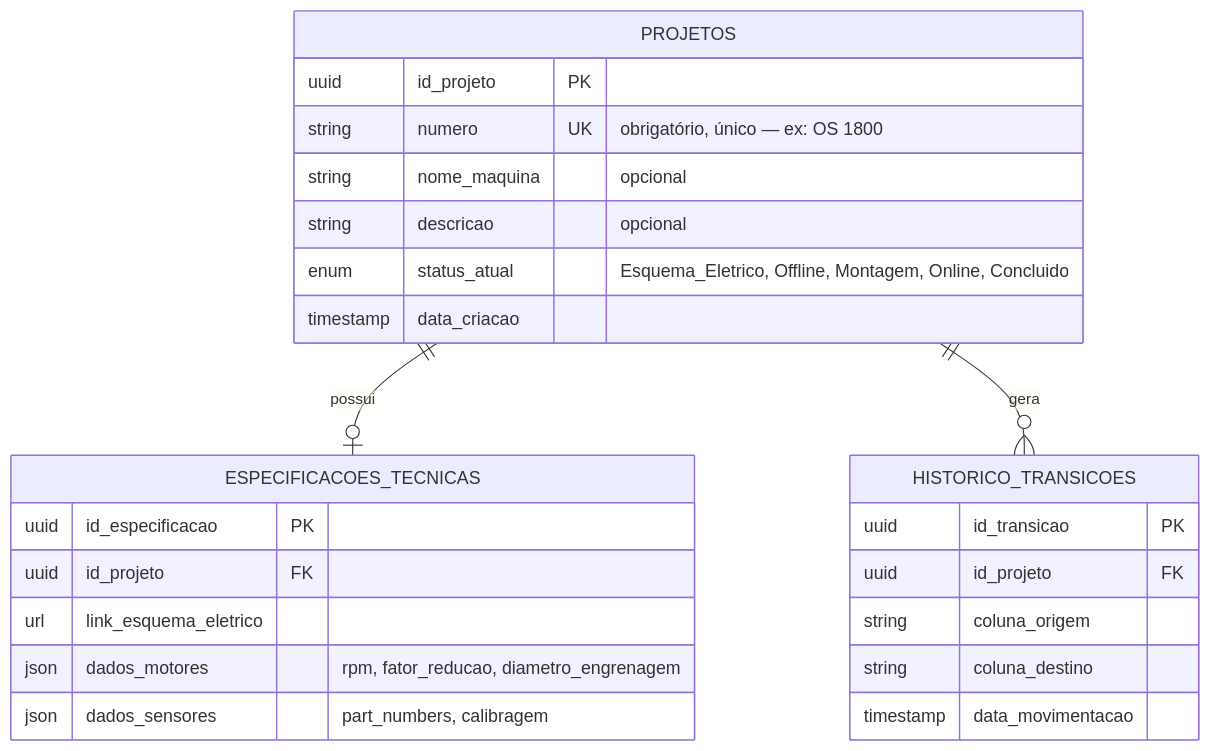
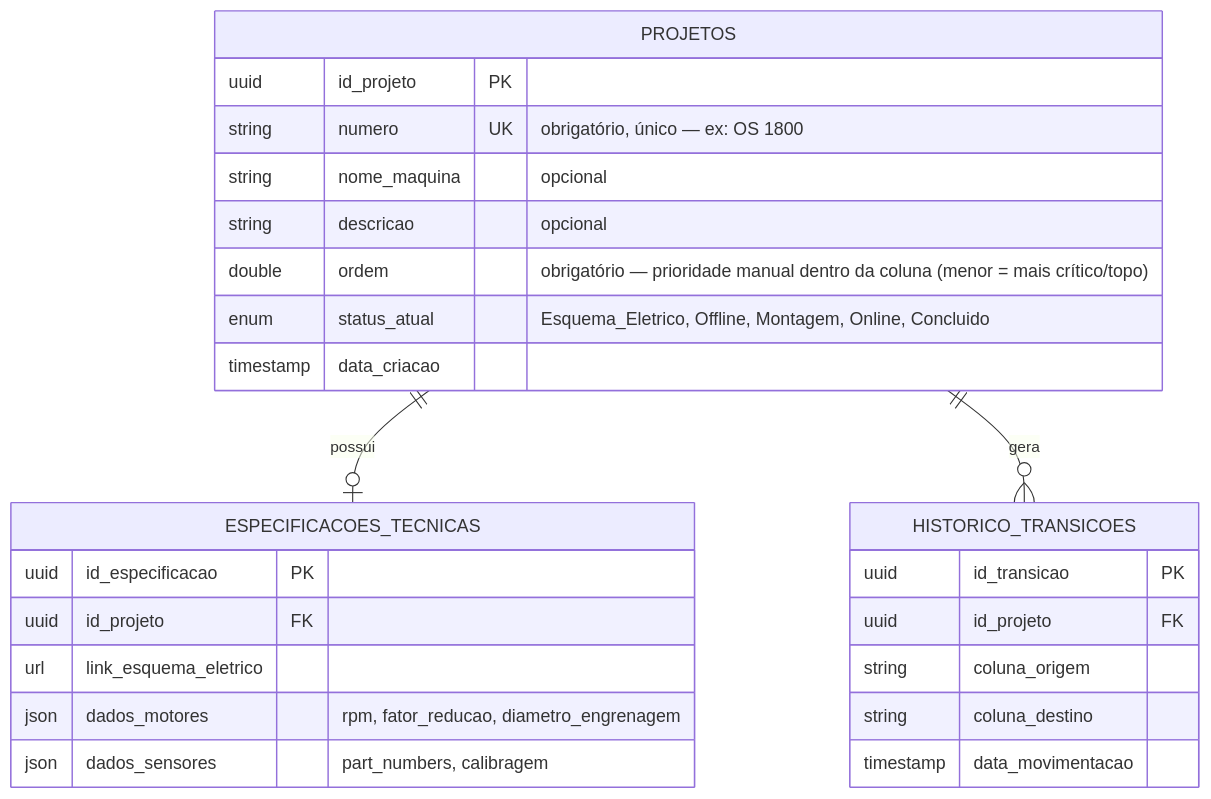
Before and after one commit to brunopmourao1/gestao-projetos: the diagram in Docs/02-Tecnico/Modelo-Dados-ER.md, drawn with Mermaid. The commit also changed other lines of this file and 24 other files, not shown here.

````diff
--- a/Docs/02-Tecnico/Modelo-Dados-ER.md
+++ b/Docs/02-Tecnico/Modelo-Dados-ER.md
@@ -6,30 +6,31 @@
 ```mermaid
 erDiagram
     PROJETOS ||--o| ESPECIFICACOES_TECNICAS : "possui"
     PROJETOS ||--o{ HISTORICO_TRANSICOES : "gera"
 
     PROJETOS {
         uuid id_projeto PK
         string numero UK "obrigatório, único — ex: OS 1800"
         string nome_maquina "opcional"
         string descricao "opcional"
+        double ordem "obrigatório — prioridade manual dentro da coluna (menor = mais crítico/topo)"
         enum status_atual "Esquema_Eletrico, Offline, Montagem, Online, Concluido"
         timestamp data_criacao
     }
 
     ESPECIFICACOES_TECNICAS {
         uuid id_especificacao PK
         uuid id_projeto FK
         url link_esquema_eletrico
         json dados_motores "rpm, fator_reducao, diametro_engrenagem"
         json dados_sensores "part_numbers, calibragem"
     }
 
     HISTORICO_TRANSICOES {
         uuid id_transicao PK
         uuid id_projeto FK
         string coluna_origem
         string coluna_destino
         timestamp data_movimentacao
     }
 ```
````
